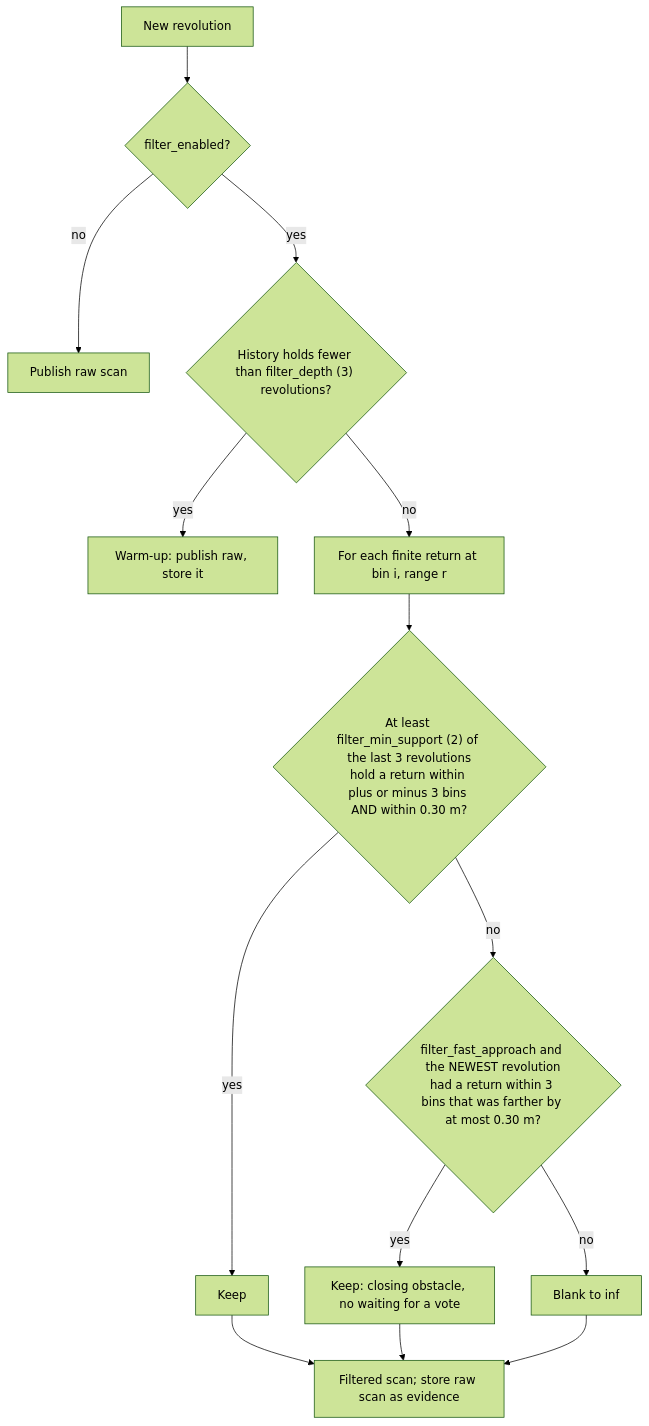
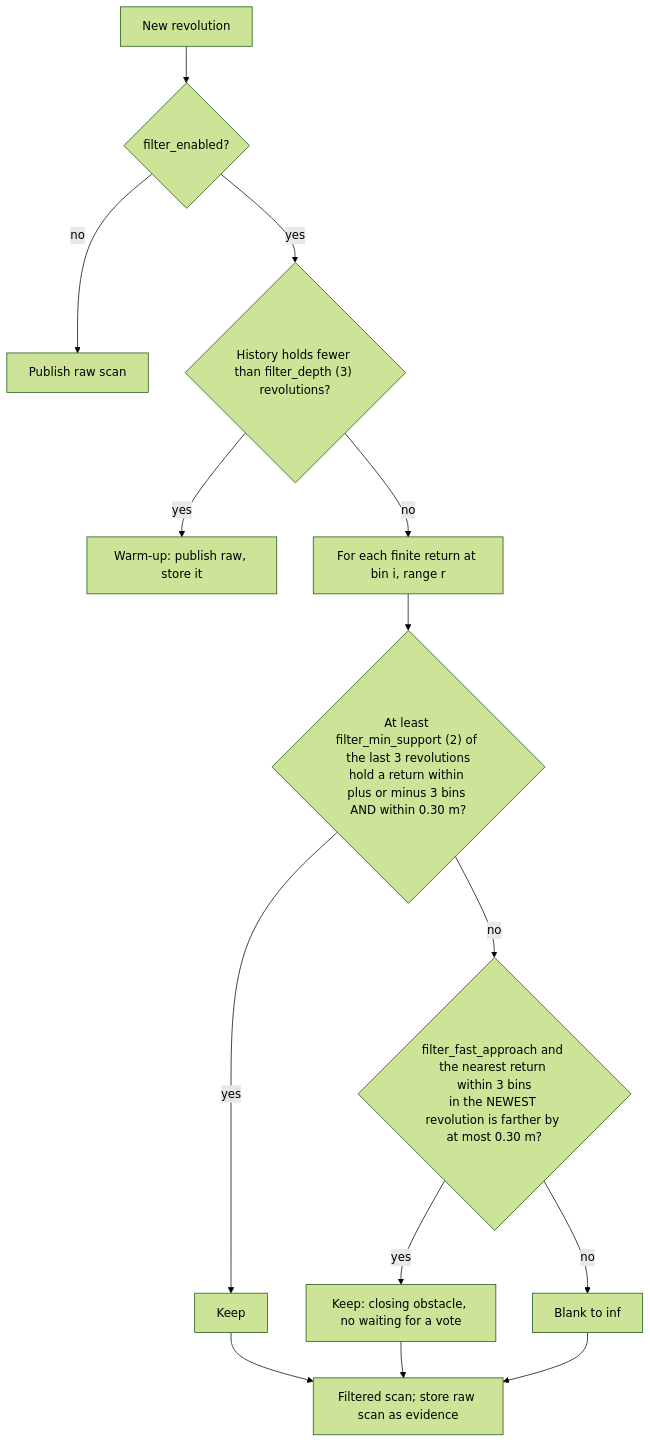
The fifth of 14 diagrams in docs/guide/05-perception-and-avoidance.md (GVishwasReddy/AERIX-Capstone-Team-21), drawn with Mermaid (forest theme) before and after one commit. The commit also changed other lines of this file and 8 other files, not shown here.

````diff
--- a/docs/guide/05-perception-and-avoidance.md
+++ b/docs/guide/05-perception-and-avoidance.md
@@ -189,16 +189,16 @@
 ```mermaid
 flowchart TD
     S["New revolution"] --> E{"filter_enabled?"}
     E -->|no| PUB0["Publish raw scan"]
     E -->|yes| W{"History holds fewer than filter_depth (3) revolutions?"}
     W -->|yes| PUB1["Warm-up: publish raw, store it"]
     W -->|no| L["For each finite return at bin i, range r"]
     L --> V{"At least filter_min_support (2) of the last 3 revolutions<br/>hold a return within plus or minus 3 bins AND within 0.30 m?"}
     V -->|yes| K["Keep"]
-    V -->|no| FA{"filter_fast_approach and the NEWEST revolution<br/>had a return within 3 bins that was farther by at most 0.30 m?"}
+    V -->|no| FA{"filter_fast_approach and the nearest return within 3 bins<br/>in the NEWEST revolution is farther by at most 0.30 m?"}
     FA -->|yes| K2["Keep: closing obstacle, no waiting for a vote"]
     FA -->|no| D["Blank to inf"]
     K --> OUT["Filtered scan; store raw scan as evidence"]
     K2 --> OUT
     D --> OUT
 ```
````
